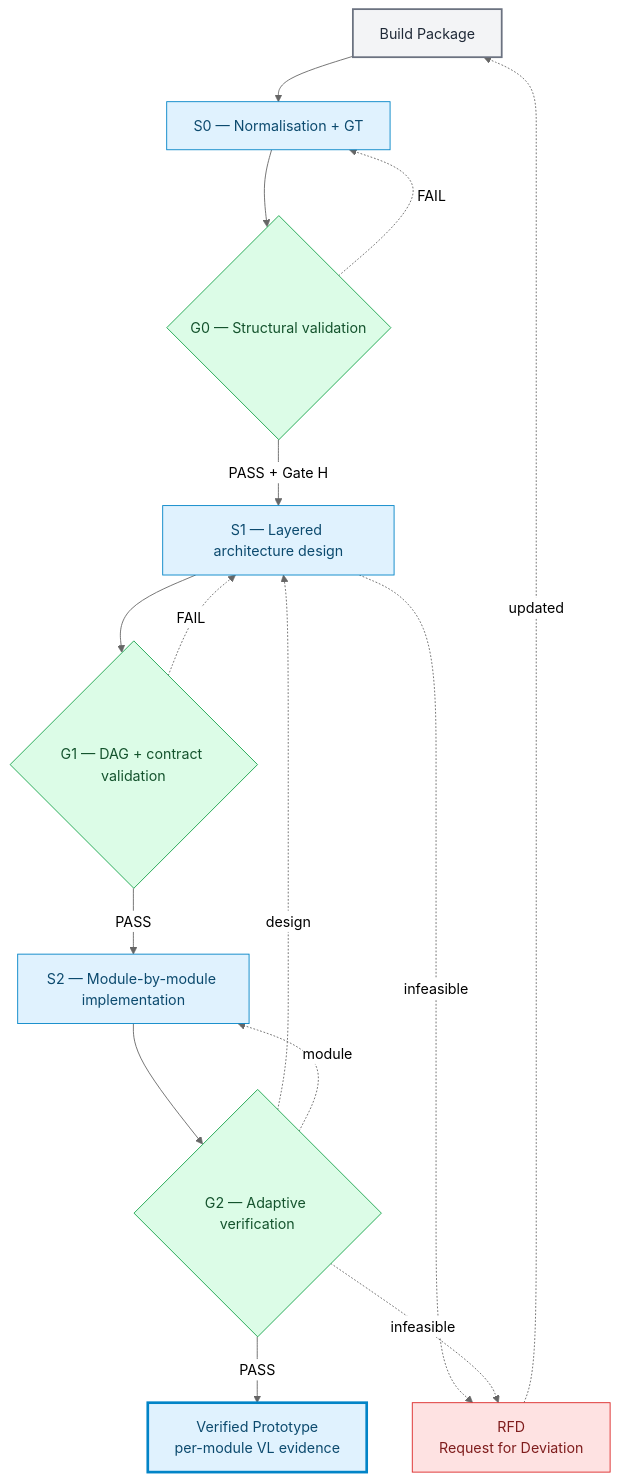
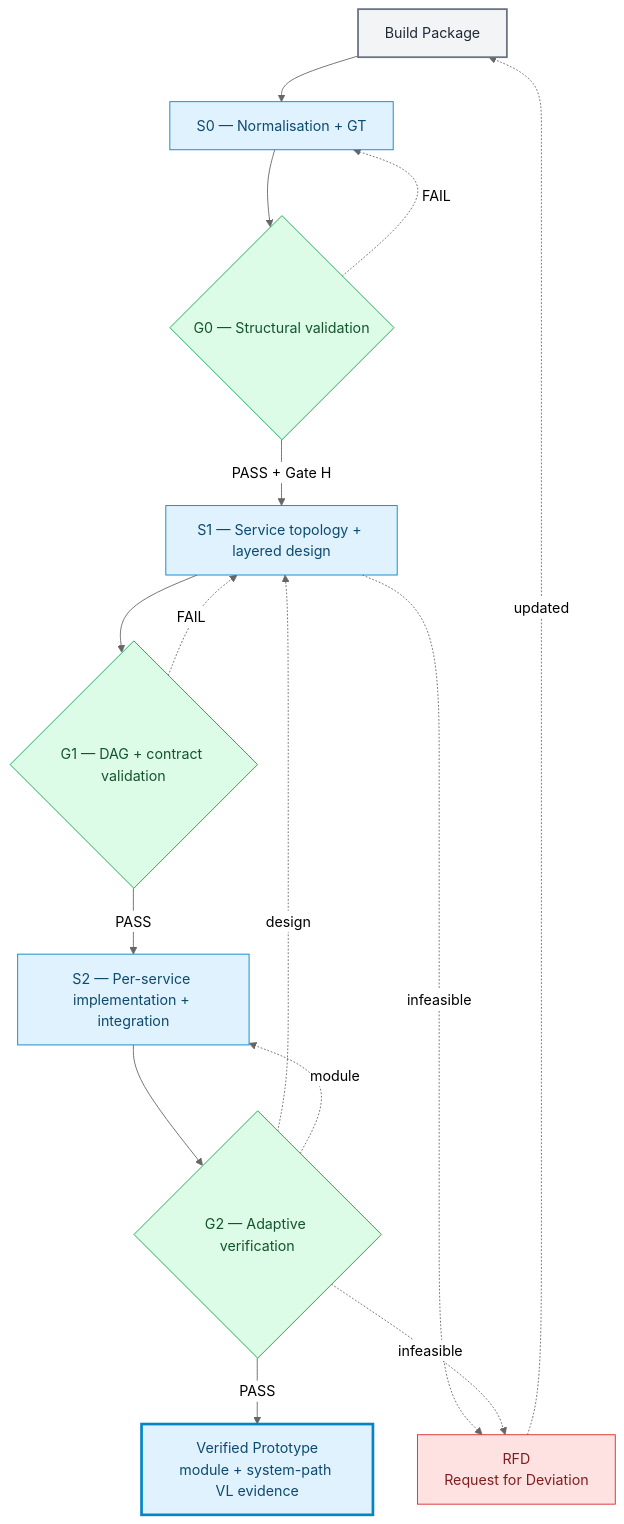
The second of 11 diagrams in methodology/V-SIL-v3/V-SIL_v3.md (dramirezbe/codeanvil-gcpds), drawn with Mermaid (neutral theme) before and after one commit. The commit also changed other lines of this file and 3 other files, not shown here.

First line of the commit message:
docs(v-sil-v3): model S1 as layered services system

````diff
--- a/methodology/V-SIL-v3/V-SIL_v3.md
+++ b/methodology/V-SIL-v3/V-SIL_v3.md
@@ -51,35 +51,35 @@
 ```mermaid
 flowchart TD
     classDef stage fill:#e0f2fe,stroke:#0284c7,color:#0c4a6e
     classDef gate fill:#dcfce7,stroke:#16a34a,color:#14532d
     classDef terminal fill:#e0f2fe,stroke:#0284c7,color:#0c4a6e,stroke-width:3px
     classDef input fill:#f3f4f6,stroke:#6b7280,color:#1f2937,stroke-width:2px
     classDef rfd fill:#fee2e2,stroke:#dc2626,color:#7f1d1d
 
     BP["Build Package"]:::input
     S0["S0 — Normalisation + GT"]:::stage
     G0{"G0 — Structural validation"}:::gate
-    S1["S1 — Layered architecture design"]:::stage
+    S1["S1 — Service topology + layered design"]:::stage
     G1{"G1 — DAG + contract validation"}:::gate
-    S2["S2 — Module-by-module implementation"]:::stage
+    S2["S2 — Per-service implementation + integration"]:::stage
     G2{"G2 — Adaptive verification"}:::gate
-    T["Verified Prototype<br/>per-module VL evidence"]:::terminal
+    T["Verified Prototype<br/>module + system-path VL evidence"]:::terminal
     RFD["RFD<br/>Request for Deviation"]:::rfd
 
     BP --> S0
     S0 --> G0
     G0 -->|PASS + Gate H| S1
     S1 --> G1
     G1 -->|PASS| S2
     S2 --> G2
     G2 -->|PASS| T
 
     G0 -.->|FAIL| S0
     G1 -.->|FAIL| S1
     G2 -.->|design| S1
     G2 -.->|module| S2
 
     S1 -.->|infeasible| RFD
     G2 -.->|infeasible| RFD
     RFD -.->|updated| BP
 ```
````
